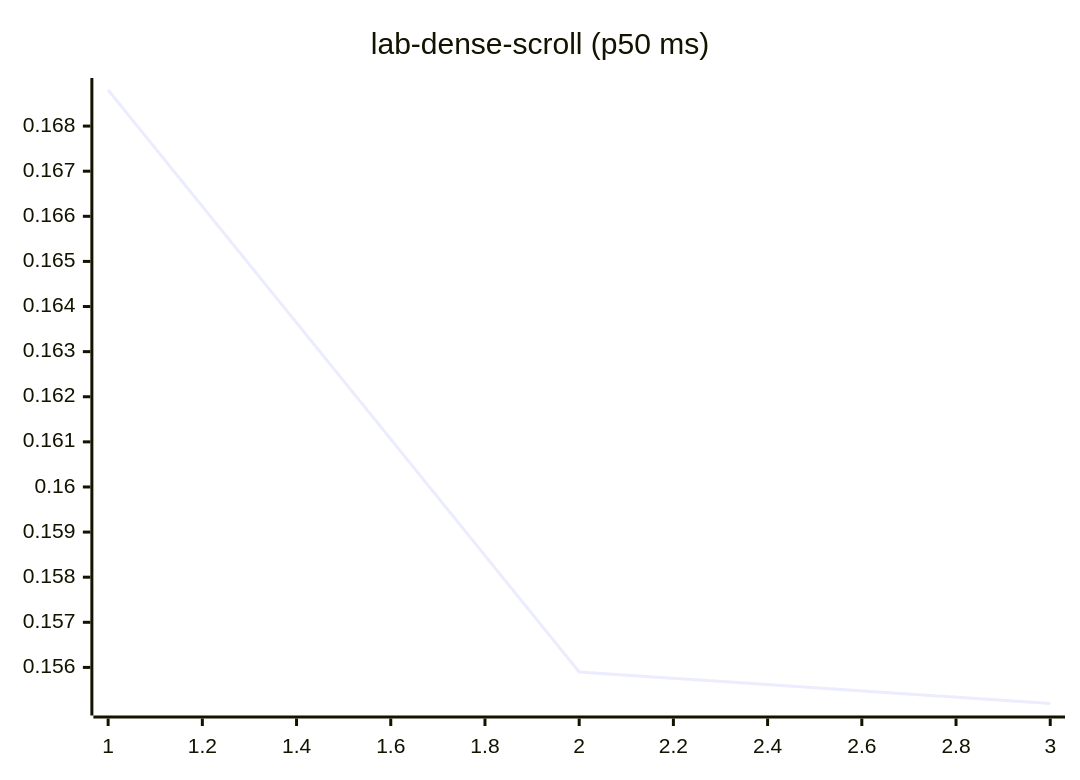
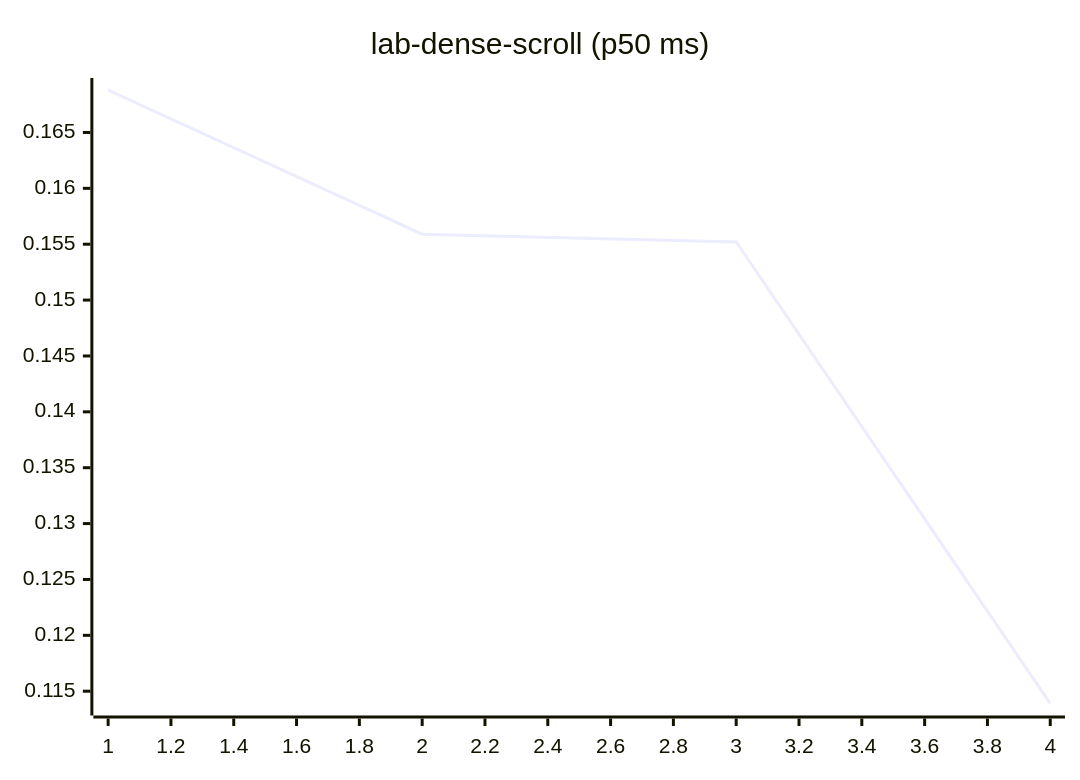
Diagram 12 of 27 in README.md (josha/Facet), drawn with Mermaid before and after one commit. The commit also changed other lines of this file and 2 other files, not shown here.

````diff
--- a/README.md
+++ b/README.md
@@ -140,6 +140,6 @@
 ```mermaid
 xychart-beta
     title "lab-dense-scroll (p50 ms)"
-    x-axis 1 --> 3
-    line [0.1688, 0.1559, 0.1552]
+    x-axis 1 --> 4
+    line [0.1688, 0.1559, 0.1552, 0.1139]
 ```
````
